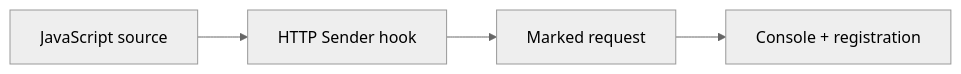
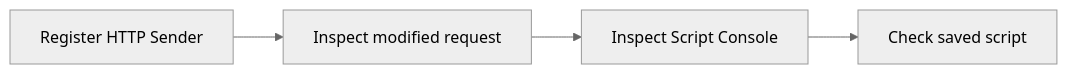
Before and after one commit to rupeshtiwari/pluralsight-script-development-with-zap: the diagram in demos/module1-demos/m1-demo2-javascript-http-sender/README.md, drawn with Mermaid (neutral theme). The commit also changed other lines of this file and 30 other files, not shown here.

````diff
--- a/demos/module1-demos/m1-demo2-javascript-http-sender/README.md
+++ b/demos/module1-demos/m1-demo2-javascript-http-sender/README.md
@@ -28,8 +31,10 @@
 ```mermaid
 flowchart LR
-  N0["JavaScript source"]
-  N1["HTTP Sender hook"]
-  N2["Marked request"]
-  N3["Console + registration"]
-  N0 --> N1 --> N2 --> N3
+  S1["Register HTTP Sender"]
+  S2["Inspect modified request"]
+  S3["Inspect Script Console"]
+  S4["Check saved script"]
+  S1 --> S2
+  S2 --> S3
+  S3 --> S4
 ```
````
